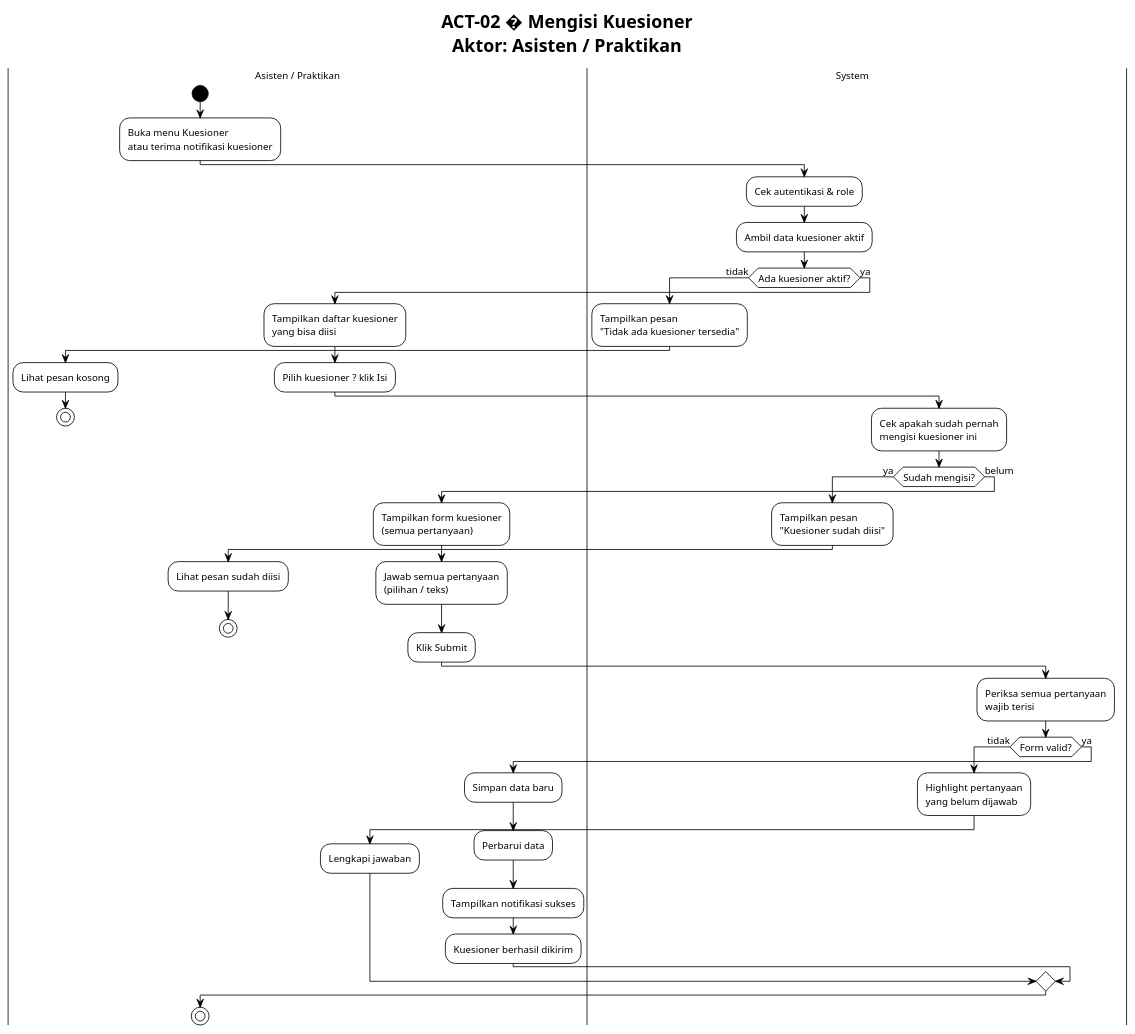
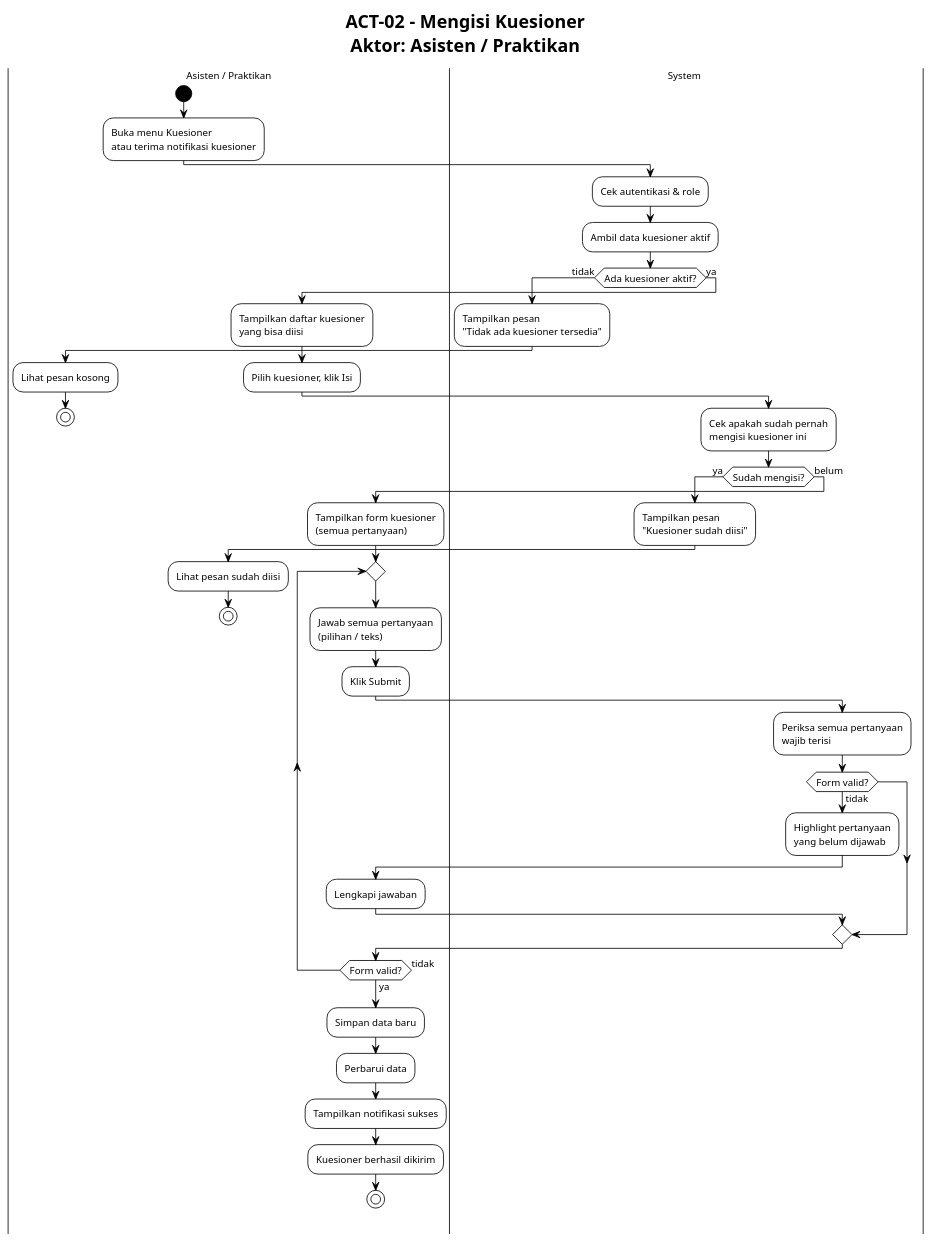
One commit to Habiboys/SILAB-DSI changed the diagram in docs/kuesioner/activity/ACT_02_MENGISI_KUESIONER.puml. Above: the diagram before and after it, drawn with PlantUML. The commit also changed 67 other files, not shown here.

```diff
--- a/docs/kuesioner/activity/ACT_02_MENGISI_KUESIONER.puml
+++ b/docs/kuesioner/activity/ACT_02_MENGISI_KUESIONER.puml
@@ -1,62 +1,61 @@
 @startuml ACT_02_MENGISI_KUESIONER
 !theme plain
 !pragma useVerticalIf on
 scale max 1600 width
 skinparam wrapWidth 200
-
 skinparam defaultFontSize 12
 skinparam swimlaneWidth 220
 skinparam ActivityStartColor black
 skinparam ActivityEndColor black
-title ACT-02 � Mengisi Kuesioner\nAktor: Asisten / Praktikan
+title ACT-02 - Mengisi Kuesioner\nAktor: Asisten / Praktikan
 
 |Asisten / Praktikan|
 |System|
 
 |Asisten / Praktikan|
 start
 :Buka menu Kuesioner\natau terima notifikasi kuesioner;
 
 |System|
 :Cek autentikasi & role;
 :Ambil data kuesioner aktif;
 
 if (Ada kuesioner aktif?) then (tidak)
   :Tampilkan pesan\n"Tidak ada kuesioner tersedia";
   |Asisten / Praktikan|
   :Lihat pesan kosong;
   stop
 else (ya)
   :Tampilkan daftar kuesioner\nyang bisa diisi;
   |Asisten / Praktikan|
-  :Pilih kuesioner ? klik Isi;
+  :Pilih kuesioner, klik Isi;
   |System|
   :Cek apakah sudah pernah\nmengisi kuesioner ini;
   if (Sudah mengisi?) then (ya)
     :Tampilkan pesan\n"Kuesioner sudah diisi";
     |Asisten / Praktikan|
     :Lihat pesan sudah diisi;
     stop
   else (belum)
     :Tampilkan form kuesioner\n(semua pertanyaan);
     |Asisten / Praktikan|
-    :Jawab semua pertanyaan\n(pilihan / teks);
-    :Klik Submit;
-    |System|
-    :Periksa semua pertanyaan\nwajib terisi;
-    if (Form valid?) then (tidak)
-      :Highlight pertanyaan\nyang belum dijawab;
-      |Asisten / Praktikan|
-      :Lengkapi jawaban;
-    else (ya)
-      :Simpan data baru;
-      :Perbarui data;
-      :Tampilkan notifikasi sukses;
-      |Asisten / Praktikan|
-      :Kuesioner berhasil dikirim;
-    endif
+    repeat
+      :Jawab semua pertanyaan\n(pilihan / teks);
+      :Klik Submit;
+      |System|
+      :Periksa semua pertanyaan\nwajib terisi;
+      if (Form valid?) then (tidak)
+        :Highlight pertanyaan\nyang belum dijawab;
+        |Asisten / Praktikan|
+        :Lengkapi jawaban;
+      endif
+    repeat while (Form valid?) is (tidak) not (ya)
+    :Simpan data baru;
+    :Perbarui data;
+    :Tampilkan notifikasi sukses;
+    |Asisten / Praktikan|
+    :Kuesioner berhasil dikirim;
+    stop
   endif
 endif
-
-stop
 @enduml
```
